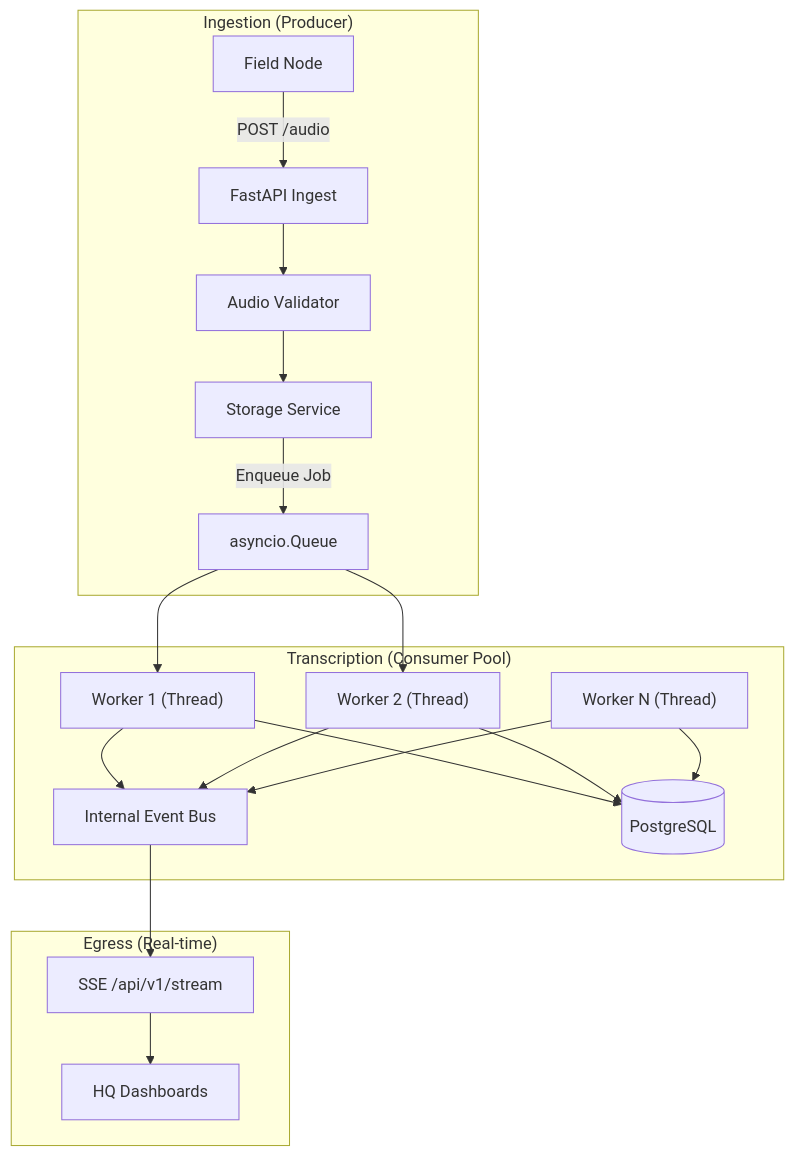
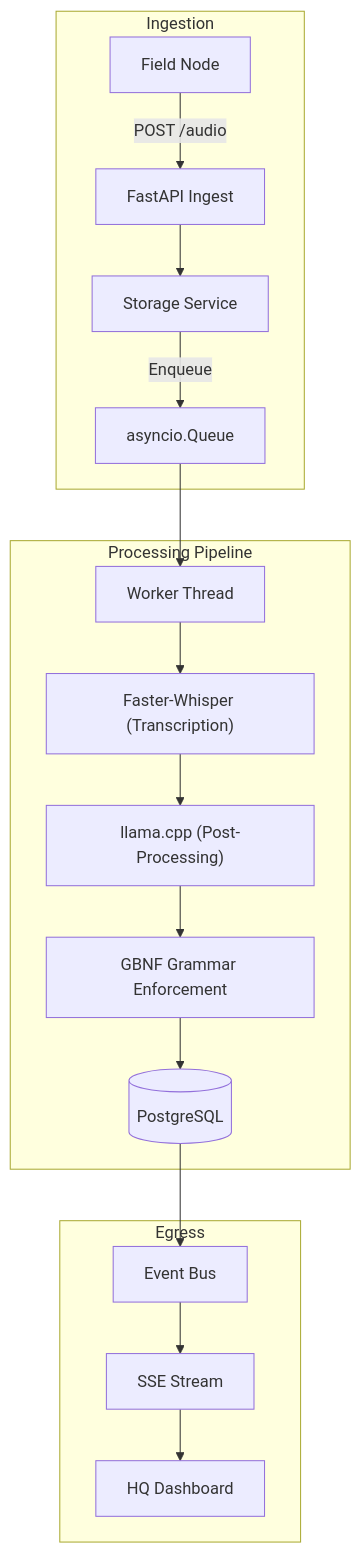
One commit to hammadmunir959/Echo changed the diagram in README.md. Above: the diagram before and after it, drawn with Mermaid. The commit also changed other lines of this file and 11 other files, not shown here.

Commit message:
feat: integrate llama.cpp for structured transcript post-processing and update pipeline and configuration

````diff
--- a/README.md
+++ b/README.md
@@ -19,23 +19,22 @@
 ```mermaid
 graph TD
-    subgraph "Ingestion (Producer)"
+    subgraph "Ingestion"
         N[Field Node] -->|POST /audio| API[FastAPI Ingest]
-        API --> VAL[Audio Validator]
-        VAL --> STO[Storage Service]
-        STO -->|Enqueue Job| Q[asyncio.Queue]
+        API --> STO[Storage Service]
+        STO -->|Enqueue| Q[asyncio.Queue]
     end
 
-    subgraph "Transcription (Consumer Pool)"
-        Q --> W1["Worker 1 (Thread)"]
-        Q --> W2["Worker 2 (Thread)"]
-        QN["Worker N (Thread)"]
-        
-        W1 & W2 & QN --> BUS[Internal Event Bus]
-        W1 & W2 & QN --> DB[(PostgreSQL)]
+    subgraph "Processing Pipeline"
+        Q --> W["Worker Thread"]
+        W --> WHI["Faster-Whisper (Transcription)"]
+        WHI --> LLM["llama.cpp (Post-Processing)"]
+        LLM --> GBNF["GBNF Grammar Enforcement"]
+        GBNF --> DB[(PostgreSQL)]
     end
 
-    subgraph "Egress (Real-time)"
-        BUS --> SSE[SSE /api/v1/stream]
-        SSE --> DASH[HQ Dashboards]
+    subgraph "Egress"
+        DB --> BUS[Event Bus]
+        BUS --> SSE[SSE Stream]
+        SSE --> DASH[HQ Dashboard]
     end
 ```
````
